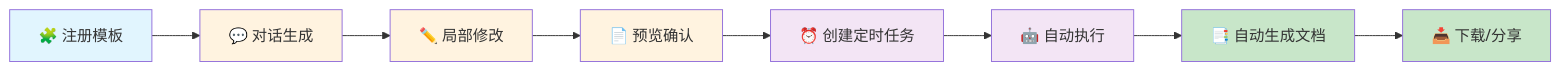
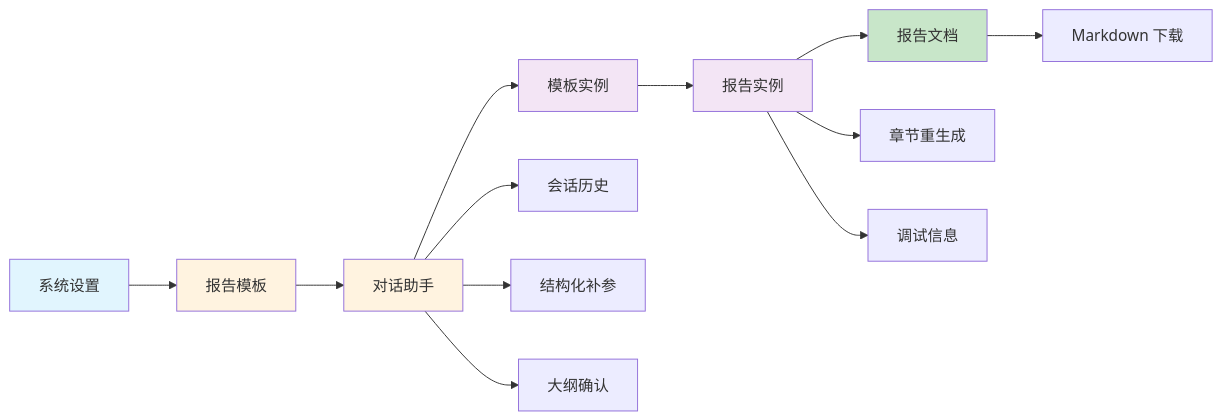
One commit to shel447/ReportSystem changed the diagram in design/story.md. Above: the diagram before and after it, drawn with Mermaid. The commit also changed other lines of this file and 4 other files, not shown here.

````diff
--- a/design/story.md
+++ b/design/story.md
@@ -188,19 +255,22 @@
 ```mermaid
 graph LR
-    A["🧩 注册模板"] --> B["💬 对话生成"]
-    B --> C["✏️ 局部修改"]
-    C --> D["📄 预览确认"]
-    D --> E["⏰ 创建定时任务"]
-    E --> F["🤖 自动执行"]
-    F --> G["📑 自动生成文档"]
-    G --> H["📥 下载/分享"]
+    A[系统设置] --> B[报告模板]
+    B --> C[对话助手]
+    C --> D[模板实例]
+    D --> E[报告实例]
+    E --> F[报告文档]
+
+    C --> C1[会话历史]
+    C --> C2[结构化补参]
+    C --> C3[大纲确认]
+    E --> E1[章节重生成]
+    E --> E2[调试信息]
+    F --> F1[Markdown 下载]
 
     style A fill:#e1f5fe
     style B fill:#fff3e0
     style C fill:#fff3e0
-    style D fill:#fff3e0
+    style D fill:#f3e5f5
     style E fill:#f3e5f5
-    style F fill:#f3e5f5
-    style G fill:#c8e6c9
-    style H fill:#c8e6c9
+    style F fill:#c8e6c9
 ```
````
